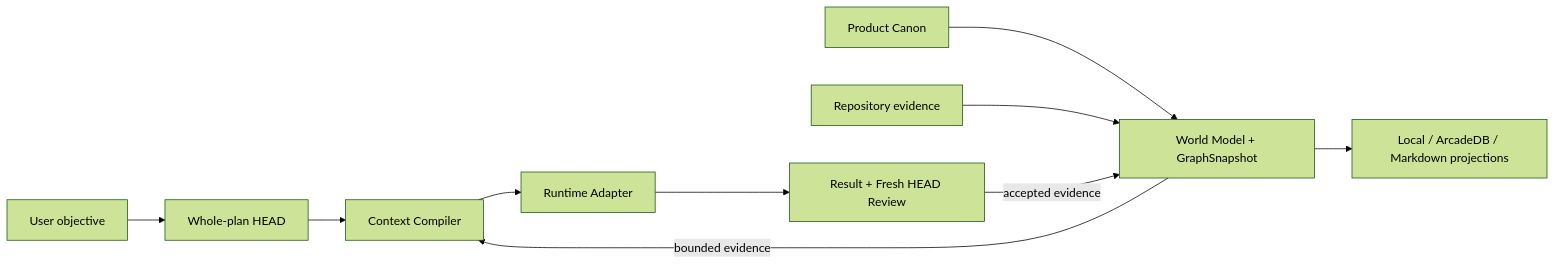
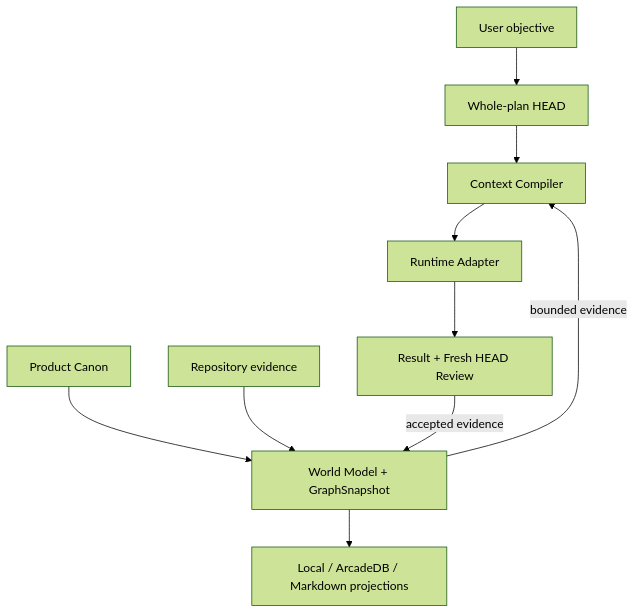
Before and after one commit to binary1215/head-agent-plugin: the first of 2 diagrams in README.md, drawn with Mermaid (forest theme).

Commit message:
docs: align README diagrams for readability

````diff
--- a/README.md
+++ b/README.md
@@ -63,12 +63,12 @@
 ```mermaid
-flowchart LR
+flowchart TB
     U[User objective] --> H[Whole-plan HEAD]
     PC[Product Canon] --> GS[World Model + GraphSnapshot]
     RE[Repository evidence] --> GS
     H --> CC[Context Compiler]
     GS -->|bounded evidence| CC
     CC --> RA[Runtime Adapter]
     RA --> FR[Result + Fresh HEAD Review]
     FR -->|accepted evidence| GS
     GS --> P[Local / ArcadeDB / Markdown projections]
 ```
````
